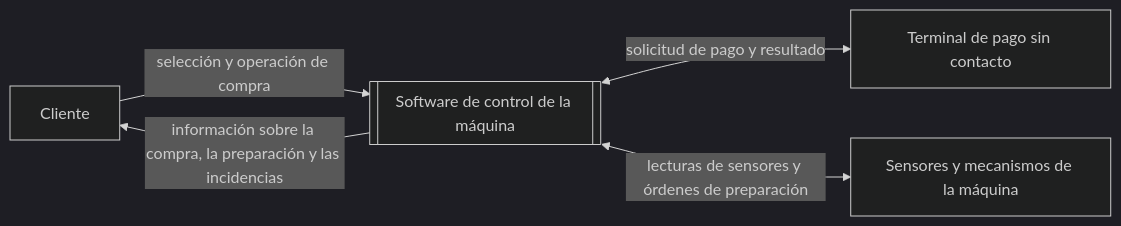
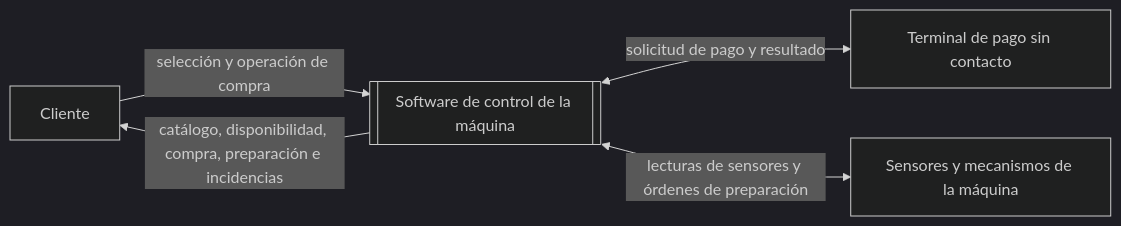
Before and after one commit to Mario-Padilla/UC3M-DCSE-P1: the diagram in docs/01-requisitos-iniciales/contexto-y-alcance.md, drawn with Mermaid (dark theme). The commit also changed other lines of this file and 3 other files, not shown here.

````diff
--- a/docs/01-requisitos-iniciales/contexto-y-alcance.md
+++ b/docs/01-requisitos-iniciales/contexto-y-alcance.md
@@ -17,8 +17,8 @@
 ```mermaid
 flowchart LR
     C[Cliente] -->|selección y operación de compra| S
-    S -->|información sobre la compra, la preparación y las incidencias| C
+    S -->|catálogo, disponibilidad, compra, preparación e incidencias| C
     S <-->|solicitud de pago y resultado| T[Terminal de pago sin contacto]
     S <-->|lecturas de sensores y órdenes de preparación| H[Sensores y mecanismos de la máquina]
     S[[Software de control de la máquina]]
 ```
````
